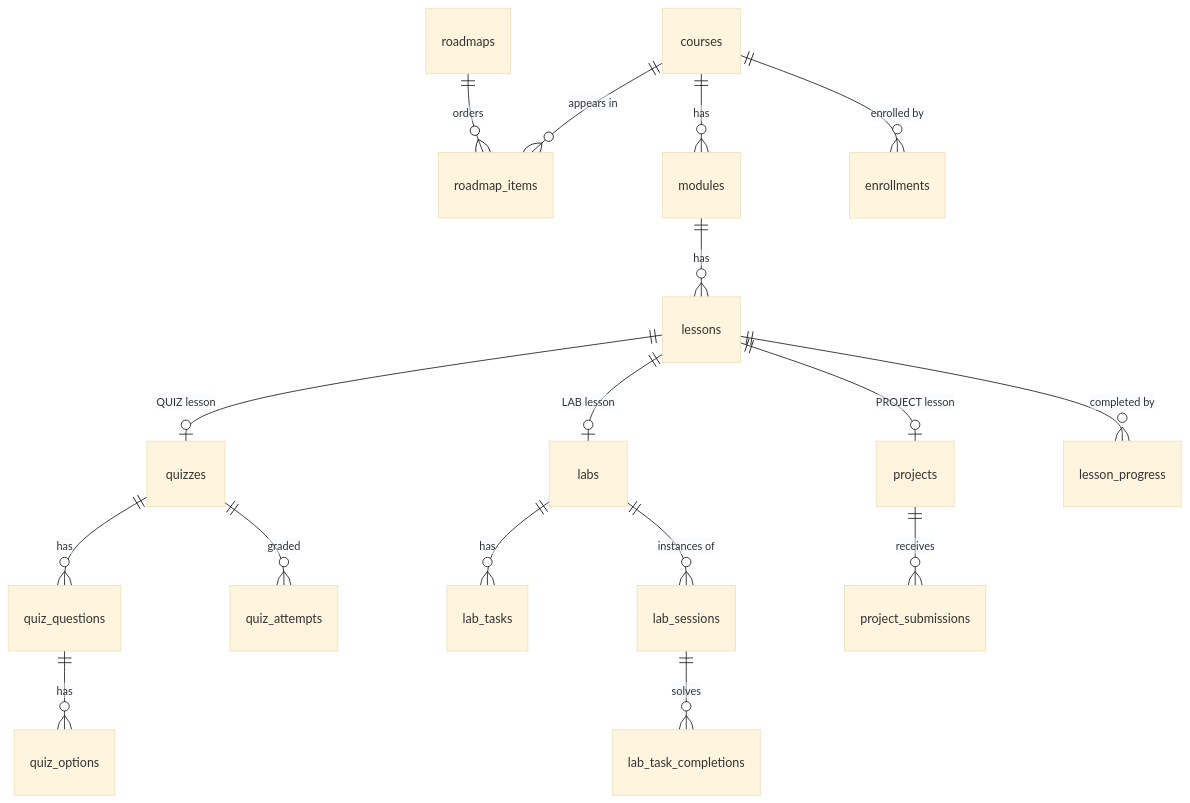
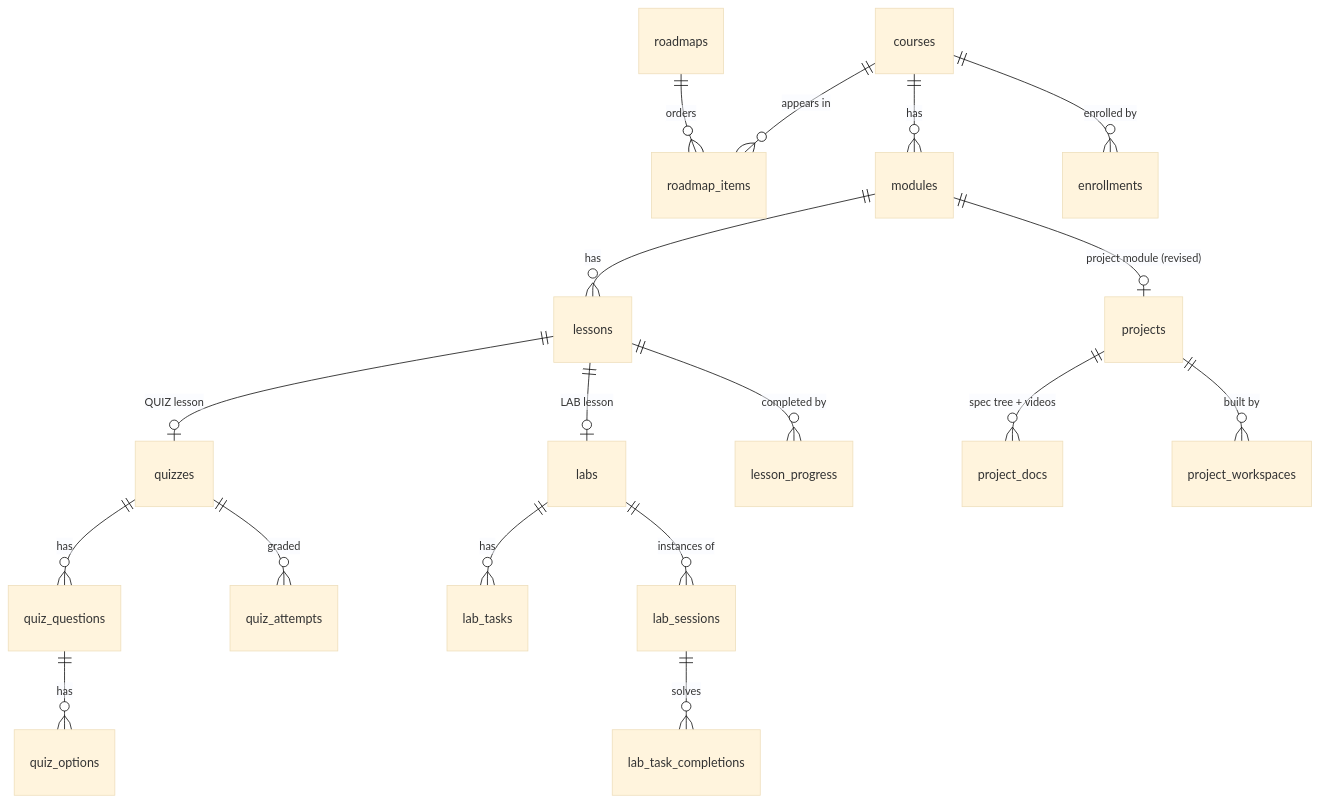
One commit to acegobugs-cpu/cyberCommunity changed the diagram in docs/plan 01/01-domain-model.md. Above: the diagram before and after it, drawn with Mermaid (base theme). The commit also changed other lines of this file and 7 other files, not shown here.

Commit message:
revised document for L5 projects

````diff
--- a/docs/plan 01/01-domain-model.md
+++ b/docs/plan 01/01-domain-model.md
@@ -7,19 +7,20 @@
 ```mermaid
 erDiagram
     roadmaps ||--o{ roadmap_items : orders
     courses  ||--o{ roadmap_items : "appears in"
     courses  ||--o{ modules : has
     modules  ||--o{ lessons : has
     lessons  ||--o| quizzes : "QUIZ lesson"
     lessons  ||--o| labs : "LAB lesson"
-    lessons  ||--o| projects : "PROJECT lesson"
+    modules  ||--o| projects : "project module (revised)"
+    projects ||--o{ project_docs : "spec tree + videos"
+    projects ||--o{ project_workspaces : "built by"
     quizzes  ||--o{ quiz_questions : has
     quiz_questions ||--o{ quiz_options : has
     quizzes  ||--o{ quiz_attempts : graded
     labs     ||--o{ lab_tasks : has
     labs     ||--o{ lab_sessions : "instances of"
     lab_sessions ||--o{ lab_task_completions : solves
-    projects ||--o{ project_submissions : receives
     courses  ||--o{ enrollments : "enrolled by"
     lessons  ||--o{ lesson_progress : "completed by"
 ```
````
